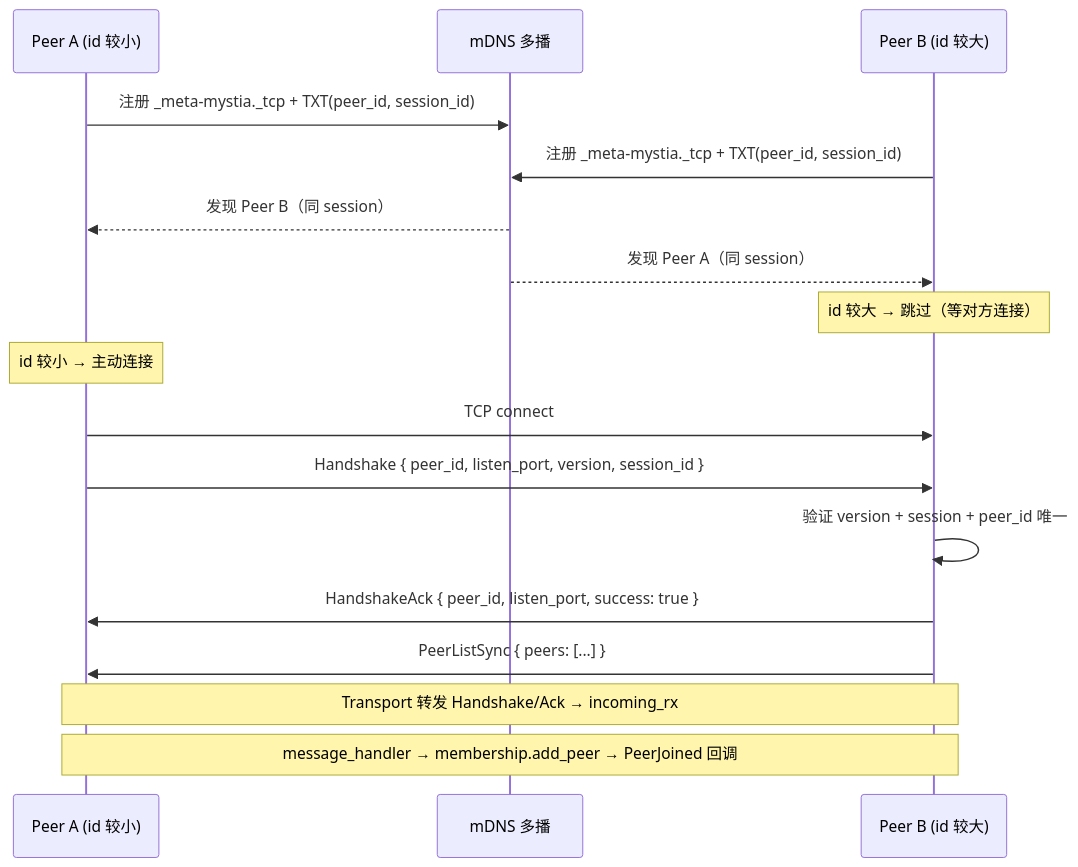
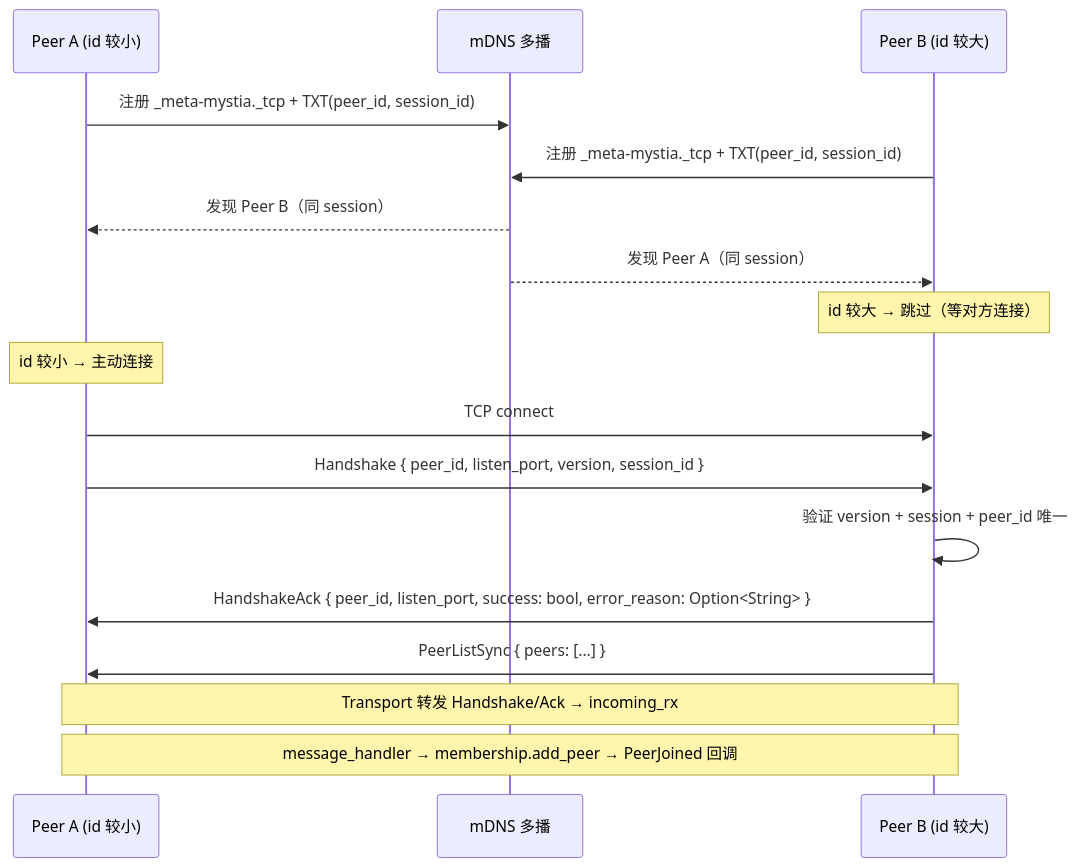
Before and after one commit to AnYiEE/meta-mystia-network: the third of 4 diagrams in .github/prompts/plan-MetaMystiaNetwork.prompt.md, drawn with Mermaid. The commit also changed other lines of this file and 7 other files, not shown here.

````diff
--- a/.github/prompts/plan-MetaMystiaNetwork.prompt.md
+++ b/.github/prompts/plan-MetaMystiaNetwork.prompt.md
@@ -126,21 +128,21 @@
 ```mermaid
 sequenceDiagram
     participant A as Peer A (id 较小)
     participant mDNS as mDNS 多播
     participant B as Peer B (id 较大)
 
     A->>mDNS: 注册 _meta-mystia._tcp + TXT(peer_id, session_id)
     B->>mDNS: 注册 _meta-mystia._tcp + TXT(peer_id, session_id)
     mDNS-->>A: 发现 Peer B（同 session）
     mDNS-->>B: 发现 Peer A（同 session）
     Note over B: id 较大 → 跳过（等对方连接）
     Note over A: id 较小 → 主动连接
 
     A->>B: TCP connect
     A->>B: Handshake { peer_id, listen_port, version, session_id }
     B->>B: 验证 version + session + peer_id 唯一
-    B->>A: HandshakeAck { peer_id, listen_port, success: true }
+    B->>A: HandshakeAck { peer_id, listen_port, success: bool, error_reason: Option<String> }
     B->>A: PeerListSync { peers: [...] }
     Note over A,B: Transport 转发 Handshake/Ack → incoming_rx
     Note over A,B: message_handler → membership.add_peer → PeerJoined 回调
 ```
````
